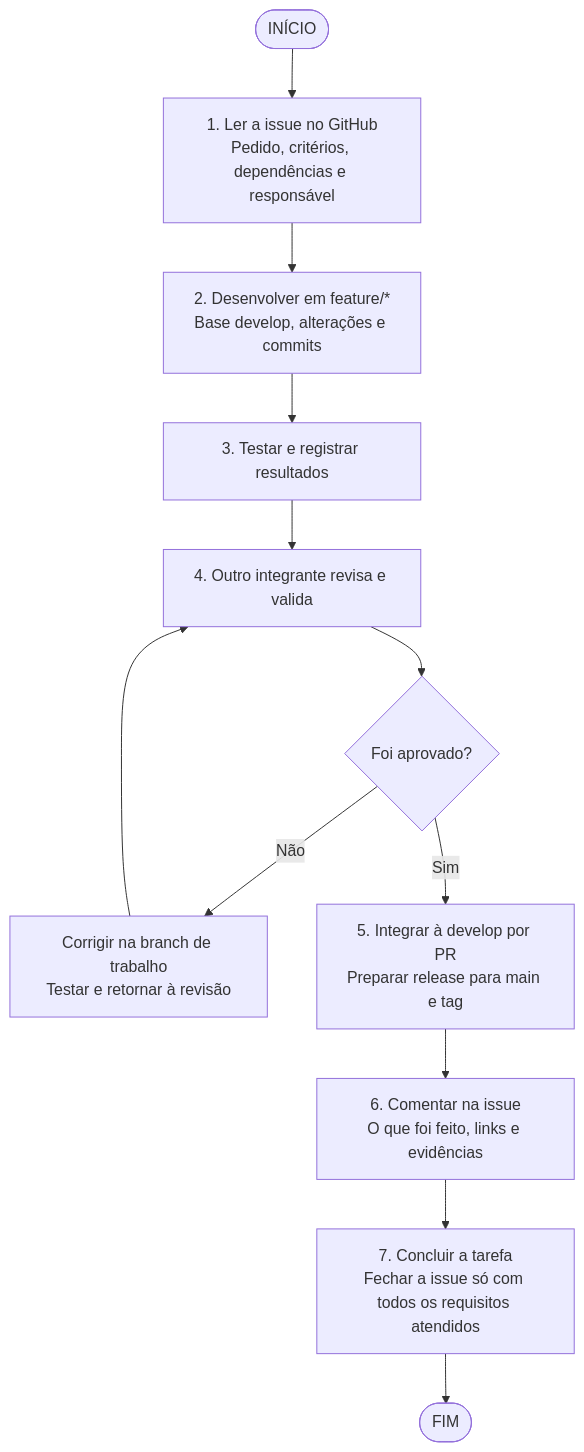
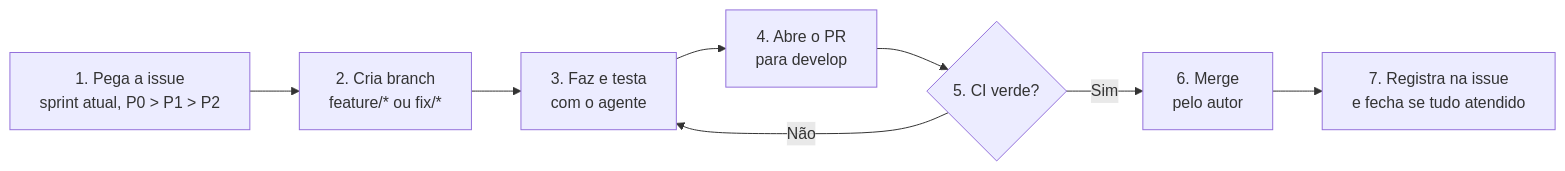
One commit to Solution-Explores/SigmaTI changed the diagram in docs/processo/fluxo-de-trabalho-tcc.md. Above: the diagram before and after it, drawn with Mermaid. The commit also changed other lines of this file and 9 other files, not shown here.

````diff
--- a/docs/processo/fluxo-de-trabalho-tcc.md
+++ b/docs/processo/fluxo-de-trabalho-tcc.md
@@ -5,20 +5,10 @@
 ```mermaid
-flowchart TD
-    inicio(["INÍCIO"])
-    leitura["1. Ler a issue no GitHub<br/>Pedido, critérios, dependências e responsável"]
-    desenvolvimento["2. Desenvolver em feature/*<br/>Base develop, alterações e commits"]
-    testes["3. Testar e registrar resultados"]
-    revisao["4. Outro integrante revisa e valida"]
-    aprovado{"Foi aprovado?"}
-    correcao["Corrigir na branch de trabalho<br/>Testar e retornar à revisão"]
-    integracao["5. Integrar à develop por PR<br/>Preparar release para main e tag"]
-    evidencia["6. Comentar na issue<br/>O que foi feito, links e evidências"]
-    conclusao["7. Concluir a tarefa<br/>Fechar a issue só com todos os requisitos atendidos"]
-    fim(["FIM"])
-
-    inicio --> leitura --> desenvolvimento --> testes --> revisao --> aprovado
-    aprovado -->|Não| correcao
-    correcao --> revisao
-    aprovado -->|Sim| integracao
-    integracao --> evidencia --> conclusao --> fim
+flowchart LR
+    A["1. Pega a issue<br/>sprint atual, P0 > P1 > P2"] --> B["2. Cria branch<br/>feature/* ou fix/*"]
+    B --> C["3. Faz e testa<br/>com o agente"]
+    C --> D["4. Abre o PR<br/>para develop"]
+    D --> E{"5. CI verde?"}
+    E -->|Não| C
+    E -->|Sim| F["6. Merge<br/>pelo autor"]
+    F --> G["7. Registra na issue<br/>e fecha se tudo atendido"]
 ```
````
